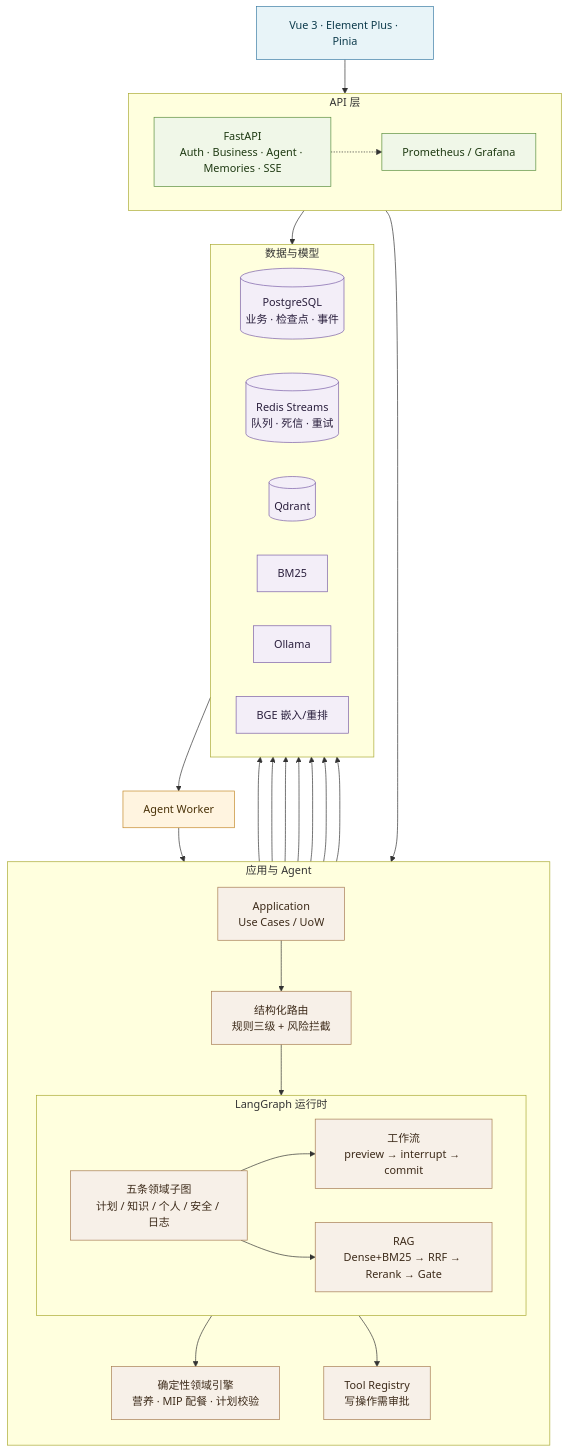
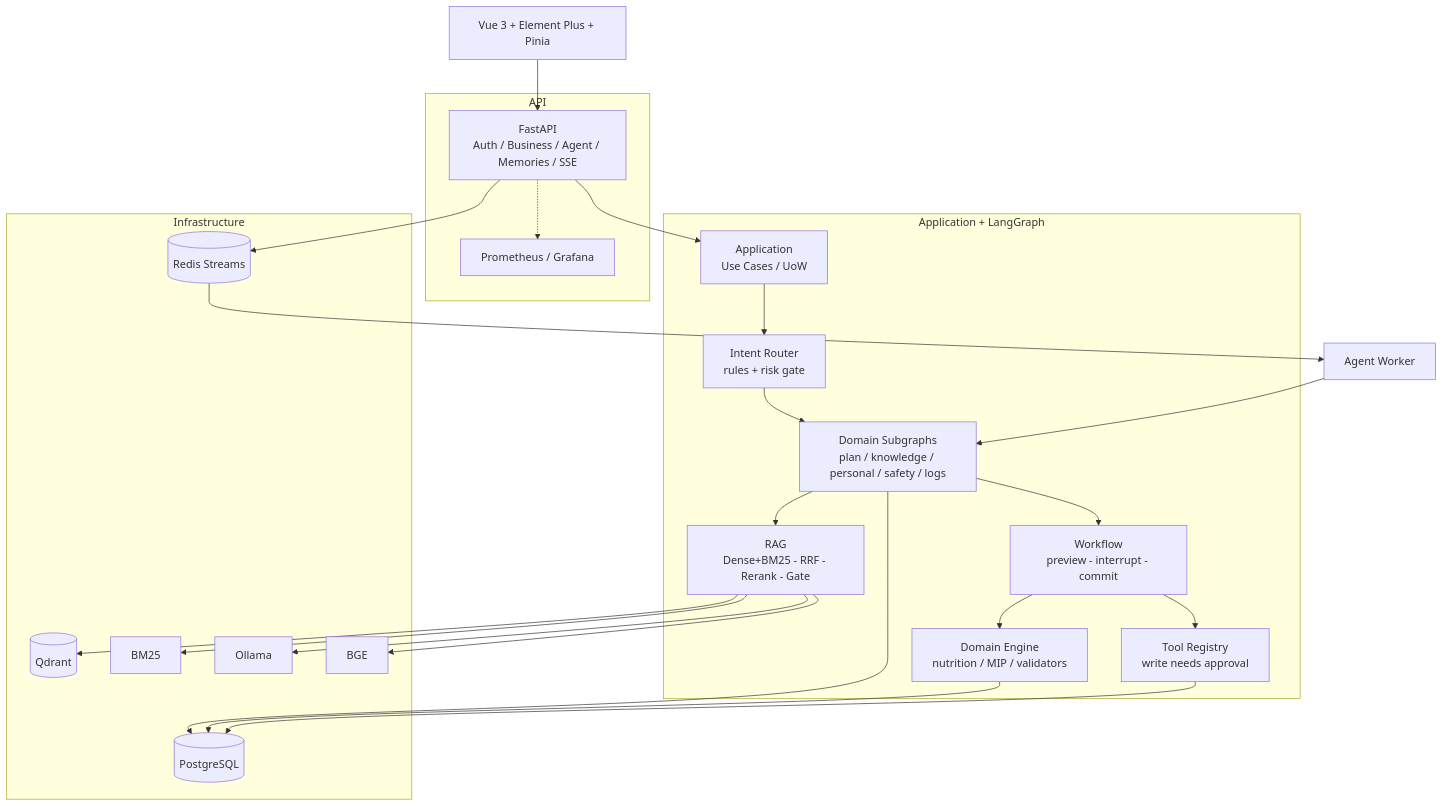
One commit to yytbjx/FitPilot changed the diagram in README.md. Above: the diagram before and after it, drawn with Mermaid.

Commit message:
docs: tune README architecture diagram for GitHub Mermaid
Flatten nested subgraphs, drop classDef/theme-dependent styling, and use GitHub-safe labels so the web preview matches intent.

````diff
--- a/README.md
+++ b/README.md
@@ -55,72 +55,50 @@
 ```mermaid
 flowchart TB
-    %% ── Client ──
-    Vue["Vue 3 · Element Plus · Pinia"]
+    Vue["Vue 3 + Element Plus + Pinia"]
 
-    %% ── API edge ──
-    subgraph Edge["API 层"]
-        direction LR
-        API["FastAPI<br/>Auth · Business · Agent · Memories · SSE"]
+    subgraph apiLayer["API"]
+        API["FastAPI<br/>Auth / Business / Agent / Memories / SSE"]
         Prom["Prometheus / Grafana"]
     end
 
-    %% ── Application + Agent ──
-    subgraph Core["应用与 Agent"]
-        direction TB
+    subgraph agentLayer["Application + LangGraph"]
         App["Application<br/>Use Cases / UoW"]
-        Router["结构化路由<br/>规则三级 + 风险拦截"]
-
-        subgraph Runtime["LangGraph 运行时"]
-            direction LR
-            SG["五条领域子图<br/>计划 / 知识 / 个人 / 安全 / 日志"]
-            WF["工作流<br/>preview → interrupt → commit"]
-            RAG["RAG<br/>Dense+BM25 → RRF → Rerank → Gate"]
-        end
-
-        Domain["确定性领域引擎<br/>营养 · MIP 配餐 · 计划校验"]
-        Tools["Tool Registry<br/>写操作需审批"]
+        Router["Intent Router<br/>rules + risk gate"]
+        SG["Domain Subgraphs<br/>plan / knowledge / personal / safety / logs"]
+        WF["Workflow<br/>preview - interrupt - commit"]
+        RAG["RAG<br/>Dense+BM25 - RRF - Rerank - Gate"]
+        Domain["Domain Engine<br/>nutrition / MIP / validators"]
+        Tools["Tool Registry<br/>write needs approval"]
     end
 
-    %% ── Data plane ──
-    subgraph Data["数据与模型"]
-        direction LR
-        PG[("PostgreSQL<br/>业务 · 检查点 · 事件")]
-        Redis[("Redis Streams<br/>队列 · 死信 · 重试")]
+    subgraph infraLayer["Infrastructure"]
+        PG[("PostgreSQL")]
+        Redis[("Redis Streams")]
         Qdrant[("Qdrant")]
         BM25["BM25"]
         Ollama["Ollama"]
-        BGE["BGE 嵌入/重排"]
+        BGE["BGE"]
     end
 
     Worker["Agent Worker"]
 
     Vue --> API
     API --> App
     API -.-> Prom
-    App --> Router --> SG
+    App --> Router
+    Router --> SG
     SG --> WF
     SG --> RAG
     WF --> Domain
     WF --> Tools
-
-    API --> Redis --> Worker --> SG
+    API --> Redis
+    Redis --> Worker
+    Worker --> SG
     SG --> PG
     Domain --> PG
     Tools --> PG
     RAG --> Qdrant
     RAG --> BM25
     RAG --> BGE
     RAG --> Ollama
-
-    classDef client fill:#e8f4f8,stroke:#3a7ca5,color:#0d3b4c
-    classDef edge fill:#f0f7e8,stroke:#5a8f3c,color:#1e3a12
-    classDef core fill:#f7f0e8,stroke:#a67c52,color:#3d2b1a
-    classDef data fill:#f3eef8,stroke:#7a5ea7,color:#2a1f3d
-    classDef worker fill:#fff4e0,stroke:#c4892a,color:#4a3208
-
-    class Vue client
-    class API,Prom edge
-    class App,Router,SG,WF,RAG,Domain,Tools core
-    class PG,Redis,Qdrant,BM25,Ollama,BGE data
-    class Worker worker
 ```
````
